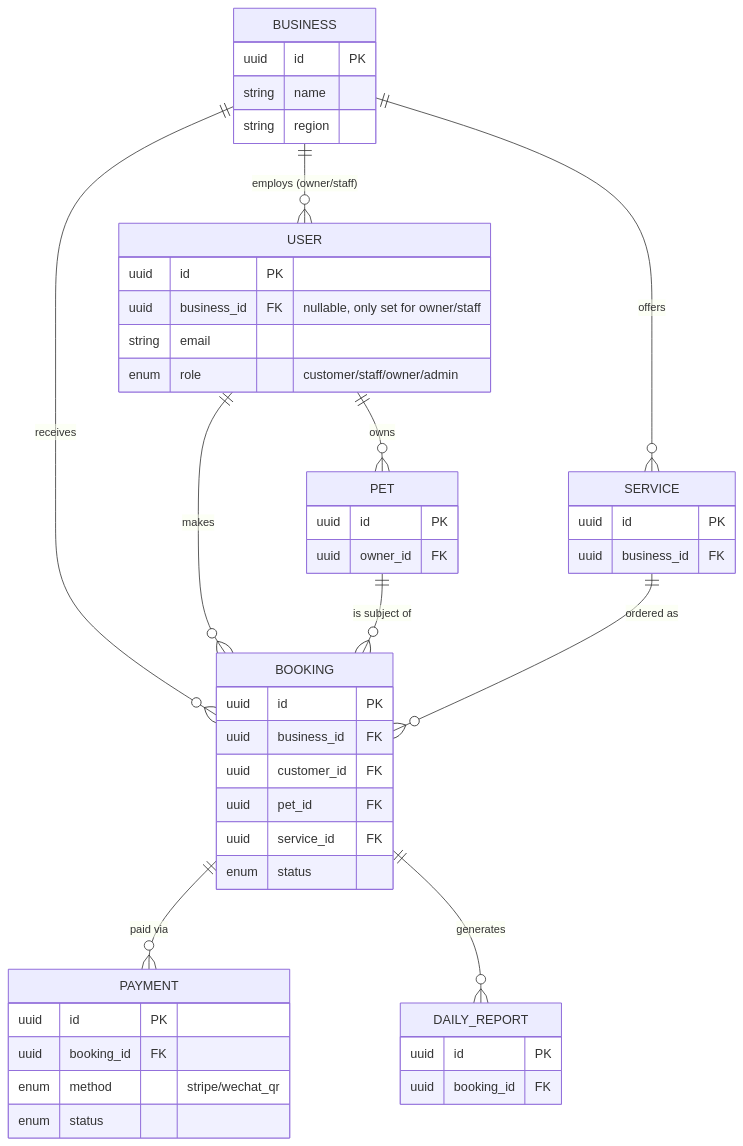
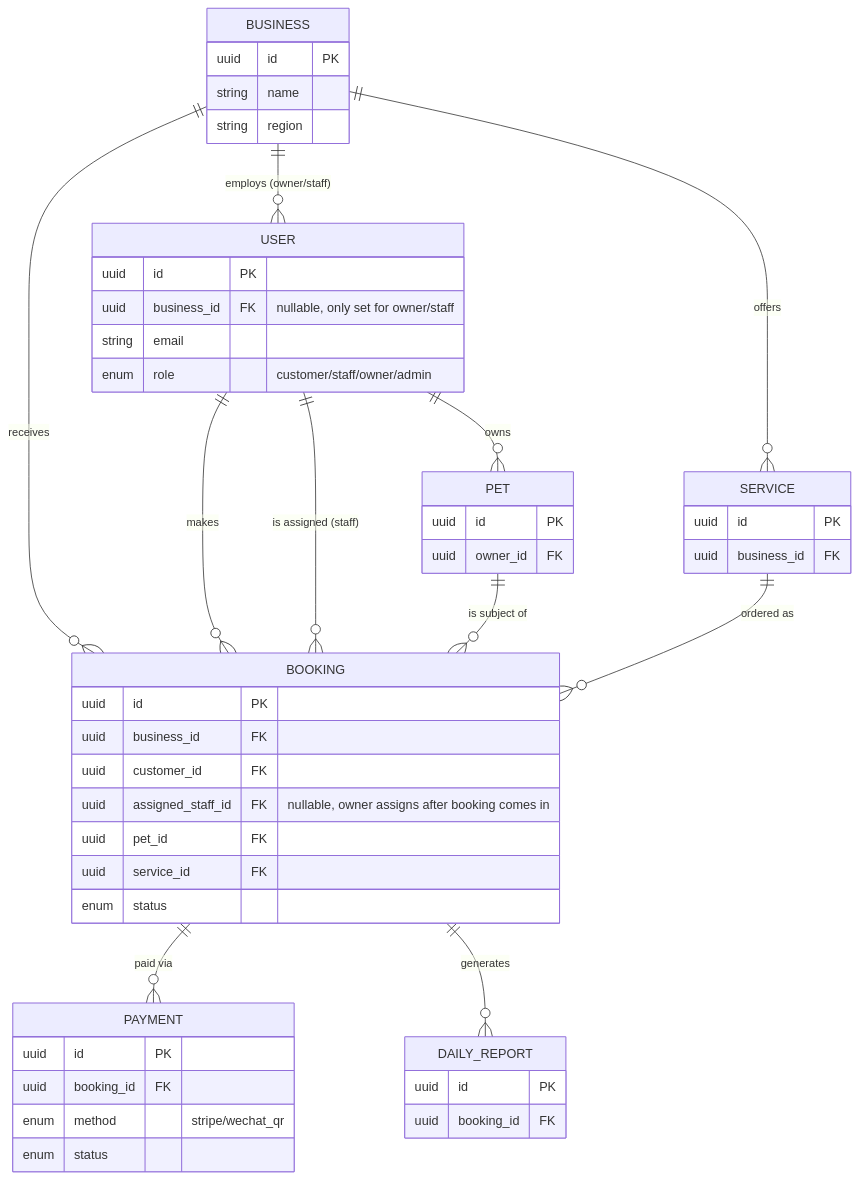
The second of 7 diagrams in docs/03_System_Architecture.md (xiyunliu610/yt-paws-platform), drawn with Mermaid before and after one commit. The commit also changed other lines of this file and 15 other files, not shown here.

First line of the commit message:
feat: self-service business registration and owner-to-staff booking assignment

````diff
--- a/docs/03_System_Architecture.md
+++ b/docs/03_System_Architecture.md
@@ -152,50 +152,52 @@
 ```mermaid
 erDiagram
     BUSINESS ||--o{ USER : "employs (owner/staff)"
     BUSINESS ||--o{ SERVICE : offers
     BUSINESS ||--o{ BOOKING : receives
     USER ||--o{ PET : owns
     USER ||--o{ BOOKING : makes
+    USER ||--o{ BOOKING : "is assigned (staff)"
     PET ||--o{ BOOKING : "is subject of"
     SERVICE ||--o{ BOOKING : "ordered as"
     BOOKING ||--o{ PAYMENT : "paid via"
     BOOKING ||--o{ DAILY_REPORT : "generates"
 
     BUSINESS {
         uuid id PK
         string name
         string region
     }
     USER {
         uuid id PK
         uuid business_id FK "nullable, only set for owner/staff"
         string email
         enum role "customer/staff/owner/admin"
     }
     PET {
         uuid id PK
         uuid owner_id FK
     }
     SERVICE {
         uuid id PK
         uuid business_id FK
     }
     BOOKING {
         uuid id PK
         uuid business_id FK
         uuid customer_id FK
+        uuid assigned_staff_id FK "nullable, owner assigns after booking comes in"
         uuid pet_id FK
         uuid service_id FK
         enum status
     }
     PAYMENT {
         uuid id PK
         uuid booking_id FK
         enum method "stripe/wechat_qr"
         enum status
     }
     DAILY_REPORT {
         uuid id PK
         uuid booking_id FK
     }
 ```
````
